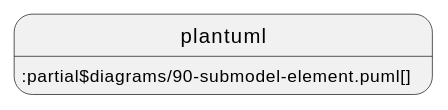
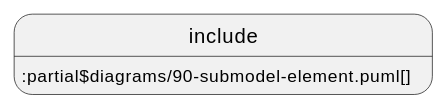
Before and after one commit to acplt/aas-specs: the second of 2 diagrams in documentation/IDTA-01001/modules/ROOT/pages/annex/metamodel-with-inheritance.adoc, drawn with PlantUML. The commit also changed other lines of this file and 14 other files, not shown here.

First line of the commit message:
Revert "Use plantuml instead of include and test ./"

```diff
--- a/documentation/IDTA-01001/modules/ROOT/pages/annex/metamodel-with-inheritance.adoc
+++ b/documentation/IDTA-01001/modules/ROOT/pages/annex/metamodel-with-inheritance.adoc
@@ -26,4 +26,4 @@
 [plantuml, 90-submodel-element, svg]
 ....
-plantuml::partial$diagrams/90-submodel-element.puml[]
+include::partial$diagrams/90-submodel-element.puml[]
 ....
```
